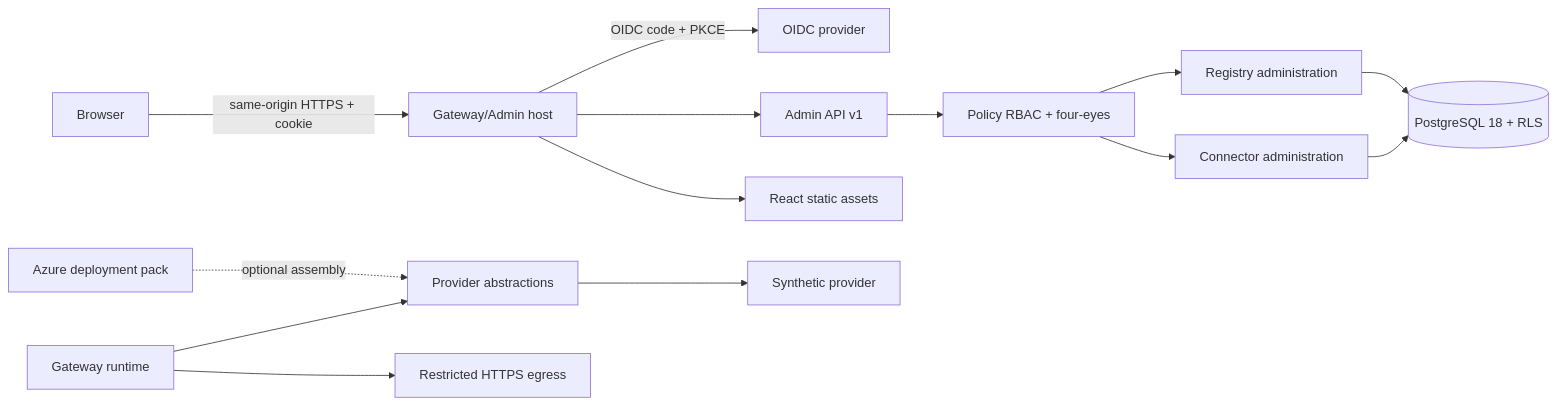
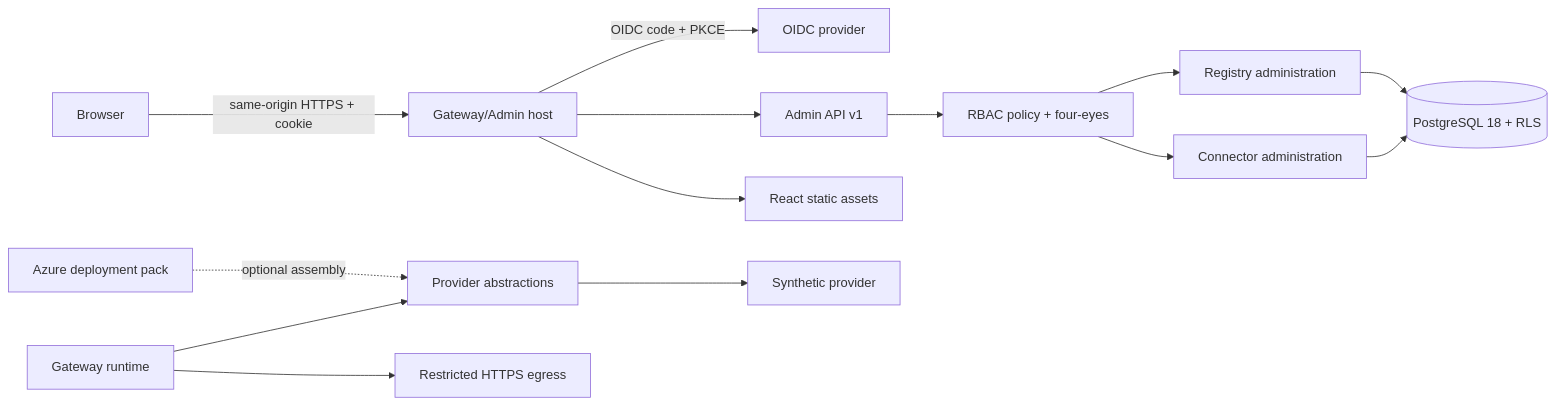
One commit to marcobiz/secure-integration-platform changed the first of 5 diagrams in docs/architecture/m5-admin-ui-and-provider-boundaries.md. Above: the diagram before and after it, drawn with Mermaid. The commit also changed other lines of this file and 102 other files, not shown here.

````diff
--- a/docs/architecture/m5-admin-ui-and-provider-boundaries.md
+++ b/docs/architecture/m5-admin-ui-and-provider-boundaries.md
@@ -9,16 +9,16 @@
 ```mermaid
 flowchart LR
   B[Browser] -->|same-origin HTTPS + cookie| H[Gateway/Admin host]
   H -->|OIDC code + PKCE| I[OIDC provider]
   H --> A[Admin API v1]
-  A --> P[Policy RBAC + four-eyes]
+  A --> P[RBAC policy + four-eyes]
   P --> C[Connector administration]
   P --> R[Registry administration]
   C --> DB[(PostgreSQL 18 + RLS)]
   R --> DB
   H --> UI[React static assets]
   RT[Gateway runtime] --> PA[Provider abstractions]
   PA --> SYN[Synthetic provider]
   AZ[Azure deployment pack] -. optional assembly .-> PA
   RT --> EXT[Restricted HTTPS egress]
 ```
````
